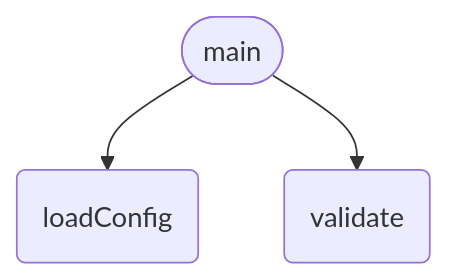
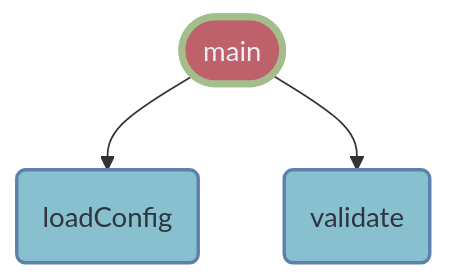
Before and after one commit to peterfei/aicode2flow: the sixth of 6 diagrams in README.md, drawn with Mermaid. The commit also changed other lines of this file and 1 other file, not shown here.

````diff
--- a/README.md
+++ b/README.md
@@ -134,9 +144,14 @@
 ```mermaid
-%%init: {'theme':'base', 'themeVariables': { 'primaryColor': '#88c0d0' }}
+%%init: {'theme':'base', 'themeVariables': { 'primaryColor': '#88c0d0', 'primaryTextColor': '#2e3440', 'primaryBorderColor': '#5e81ac', 'lineColor': '#4c566a', 'secondaryColor': '#a3be8c', 'tertiaryColor': '#ebcb8b', 'background': '#eceff4', 'fontSize': '14px' }}
 flowchart TD
+
   main([main])
+  style main fill:#bf616a,stroke:#a3be8c,stroke-width:4px,color:#eceff4
   loadConfig("loadConfig")
+  style loadConfig fill:#88c0d0,stroke:#5e81ac,stroke-width:2px,color:#2e3440
   validate("validate")
+  style validate fill:#88c0d0,stroke:#5e81ac,stroke-width:2px,color:#2e3440
+
   main --> loadConfig
   main --> validate
 ```
````
